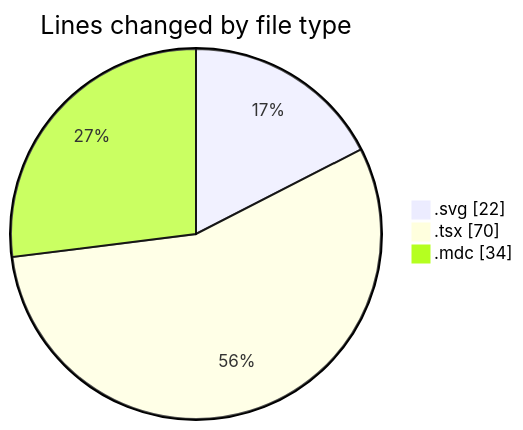
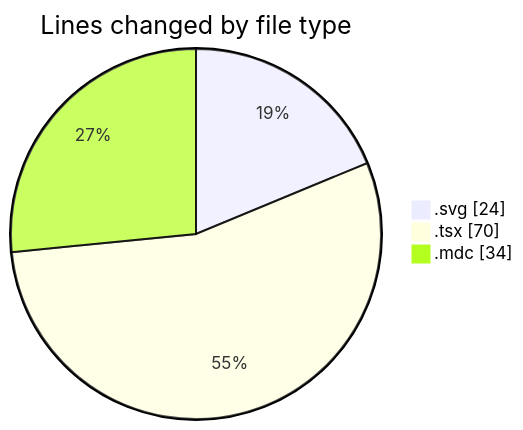
One commit to EIIisD/code-tracking changed the first of 2 diagrams in 2025-07-18/ribbon/README.md. Above: the diagram before and after it, drawn with Mermaid. The commit also changed other lines of this file and 1 other file, not shown here.

````diff
--- a/2025-07-18/ribbon/README.md
+++ b/2025-07-18/ribbon/README.md
@@ -22,7 +22,7 @@
 ```mermaid
 pie showData
 title Lines changed by file type
-".svg" : 22
+".svg" : 24
 ".tsx" : 70
 ".mdc" : 34
 ```
````
